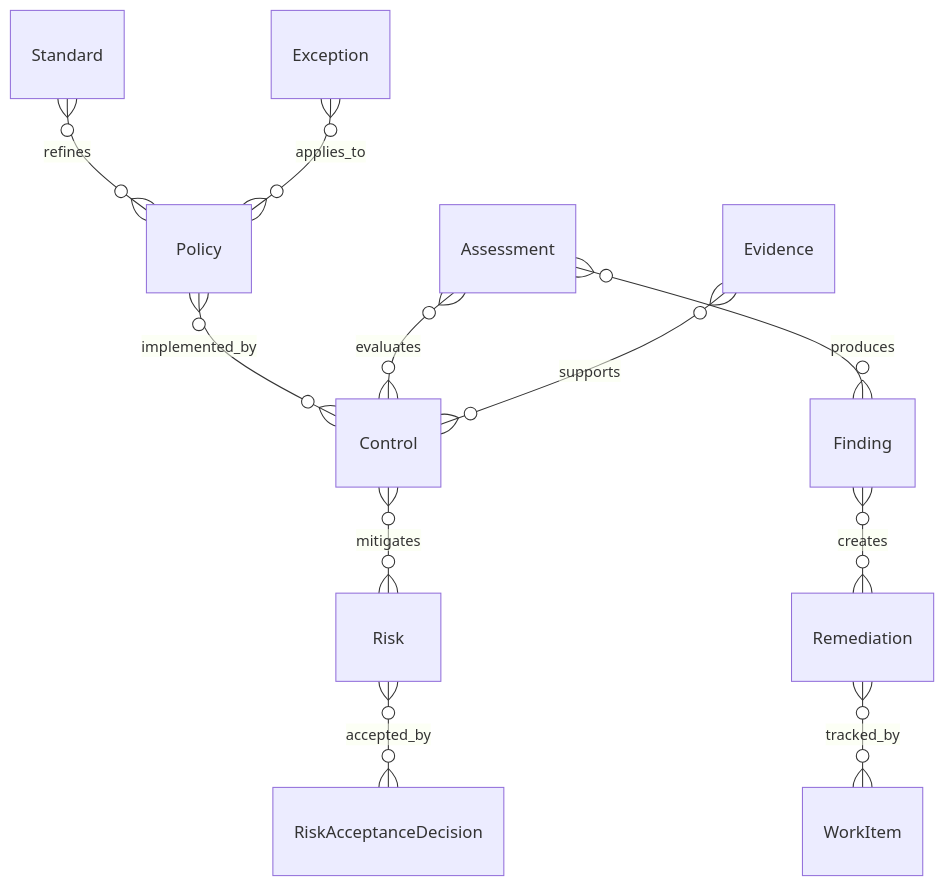
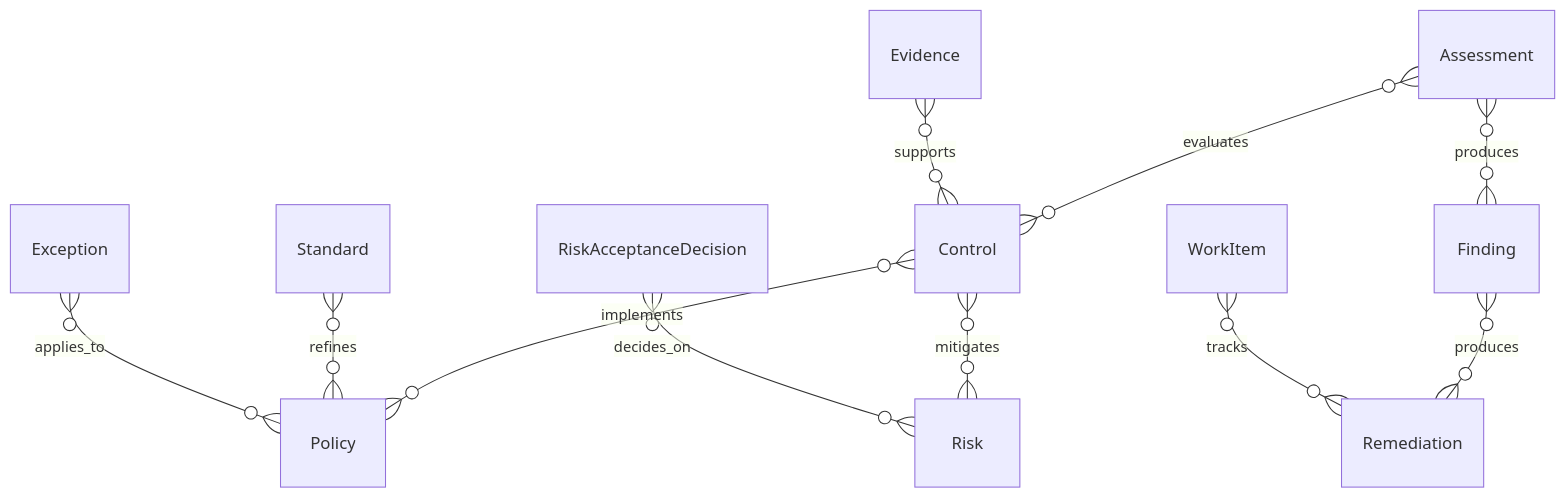
The tenth of 12 diagrams in SOFTWARE_ORGANIZATION_DOMAIN_MODEL.md (maxvydrin/vision), drawn with Mermaid before and after one commit. The commit also changed other lines of this file and 3 other files, not shown here.

````diff
--- a/SOFTWARE_ORGANIZATION_DOMAIN_MODEL.md
+++ b/SOFTWARE_ORGANIZATION_DOMAIN_MODEL.md
@@ -660,13 +698,13 @@
 ```mermaid
 erDiagram
-    Policy }o--o{ Control : "implemented_by"
+    Control }o--o{ Policy : "implements"
     Standard }o--o{ Policy : "refines"
     Control }o--o{ Risk : "mitigates"
     Assessment }o--o{ Control : "evaluates"
     Assessment }o--o{ Finding : "produces"
-    Finding }o--o{ Remediation : "creates"
-    Risk }o--o{ RiskAcceptanceDecision : "accepted_by"
+    Finding }o--o{ Remediation : "produces"
+    RiskAcceptanceDecision }o--o{ Risk : "decides_on"
     Exception }o--o{ Policy : "applies_to"
     Evidence }o--o{ Control : "supports"
-    Remediation }o--o{ WorkItem : "tracked_by"
+    WorkItem }o--o{ Remediation : "tracks"
 ```
````
